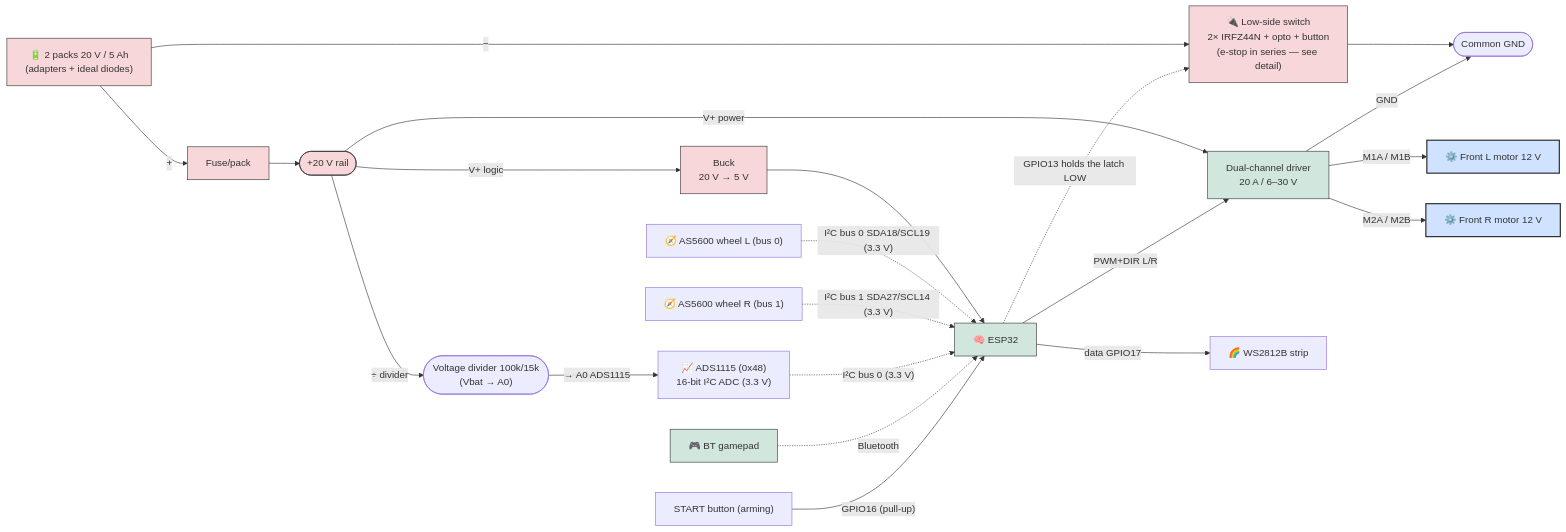
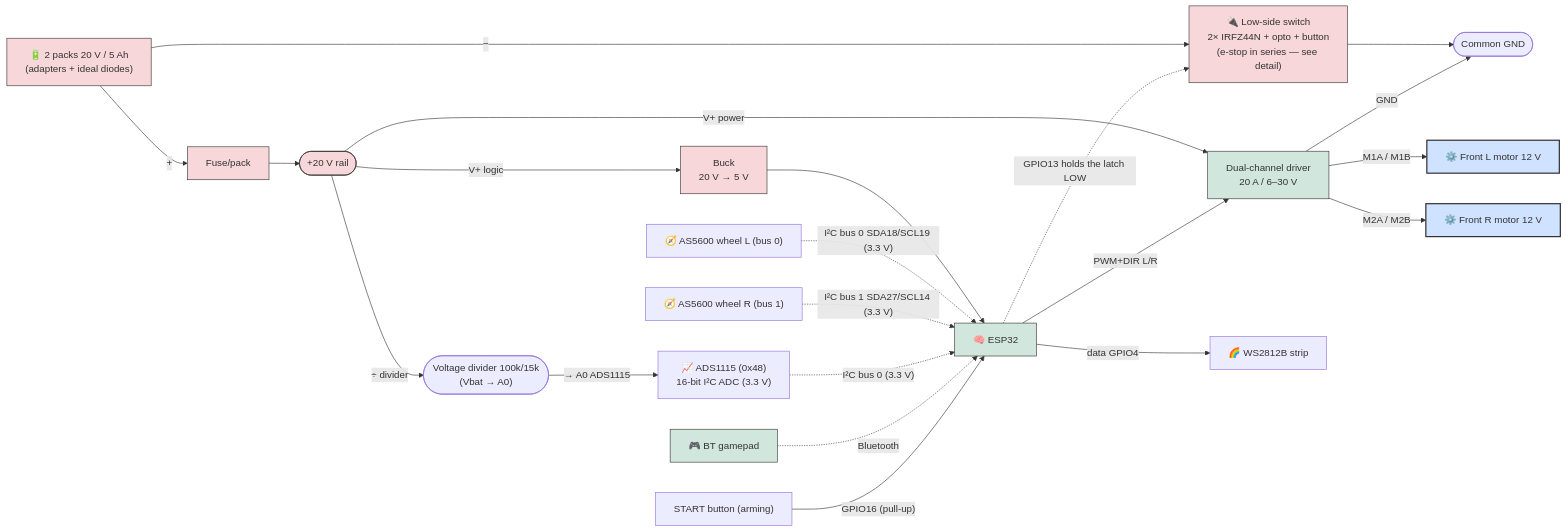
One commit to pinkymaxou/powered-soapbox-car changed the sixth of 10 diagrams in README.md. Above: the diagram before and after it, drawn with Mermaid. The commit also changed other lines of this file and 7 other files, not shown here.

````diff
--- a/README.md
+++ b/README.md
@@ -414,49 +414,49 @@
 ```mermaid
 flowchart LR
     BATT["🔋 2 packs 20 V / 5 Ah<br/>(adapters + ideal diodes)"]
     FUSE["Fuse/pack"]
     RAIL(["+20 V rail"])
     SW["🔌 Low-side switch<br/>2× IRFZ44N + opto + button<br/>(e-stop in series — see detail)"]
     GNDC(["Common GND"])
     BUCK["Buck<br/>20 V → 5 V"]
     ESP["🧠 ESP32"]
     PAD["🎮 BT gamepad"]
     DRV["Dual-channel driver<br/>20 A / 6–30 V"]
     M1["⚙️ Front L motor 12 V"]
     M2["⚙️ Front R motor 12 V"]
     ADS["📈 ADS1115 (0x48)<br/>16-bit I²C ADC (3.3 V)"]
     EG["🧭 AS5600 wheel L (bus 0)"]
     ED["🧭 AS5600 wheel R (bus 1)"]
     DIVB(["Voltage divider 100k/15k<br/>(Vbat → A0)"])
     BTN["START button (arming)"]
     WS["🌈 WS2812B strip"]
 
     %% Power: the + is always live; it's the − that is switched (low-side)
     BATT -- "+" --> FUSE --> RAIL
     RAIL -- "V+ power" --> DRV
     RAIL -- "V+ logic" --> BUCK --> ESP
     BATT -- "−" --> SW --> GNDC
     DRV -- "GND" --> GNDC
     ESP -. "GPIO13 holds the latch LOW" .-> SW
 
     %% Motor outputs + speed feedback
     DRV -- "M1A / M1B" --> M1
     DRV -- "M2A / M2B" --> M2
     EG -. "I²C bus 0 SDA18/SCL19 (3.3 V)" .-> ESP
     ED -. "I²C bus 1 SDA27/SCL14 (3.3 V)" .-> ESP
     ADS -. "I²C bus 0 (3.3 V)" .-> ESP
 
     %% Signals
     PAD -. "Bluetooth" .-> ESP
     ESP -- "PWM+DIR L/R" --> DRV
     RAIL -- "÷ divider" --> DIVB -- "→ A0 ADS1115" --> ADS
     BTN -- "GPIO16 (pull-up)" --> ESP
-    ESP -- "data GPIO17" --> WS
+    ESP -- "data GPIO4" --> WS
 
     classDef pwr fill:#f8d7da,stroke:#333;
     classDef ctrl fill:#d1e7dd,stroke:#333;
     classDef mot fill:#cfe2ff,stroke:#333,stroke-width:2px;
     class BATT,FUSE,RAIL,SW,BUCK pwr;
     class ESP,DRV,PAD ctrl;
     class M1,M2 mot;
 ```
````
